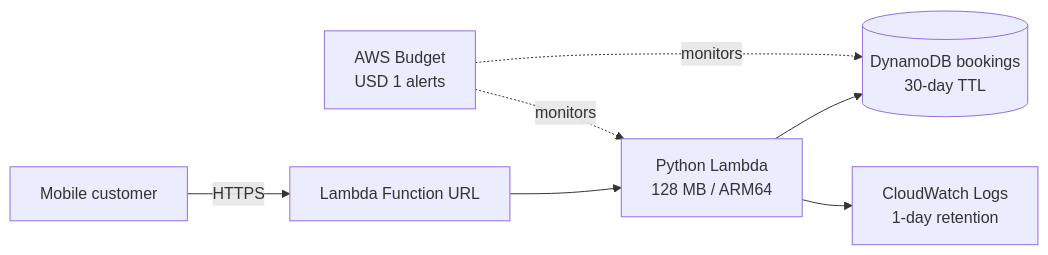
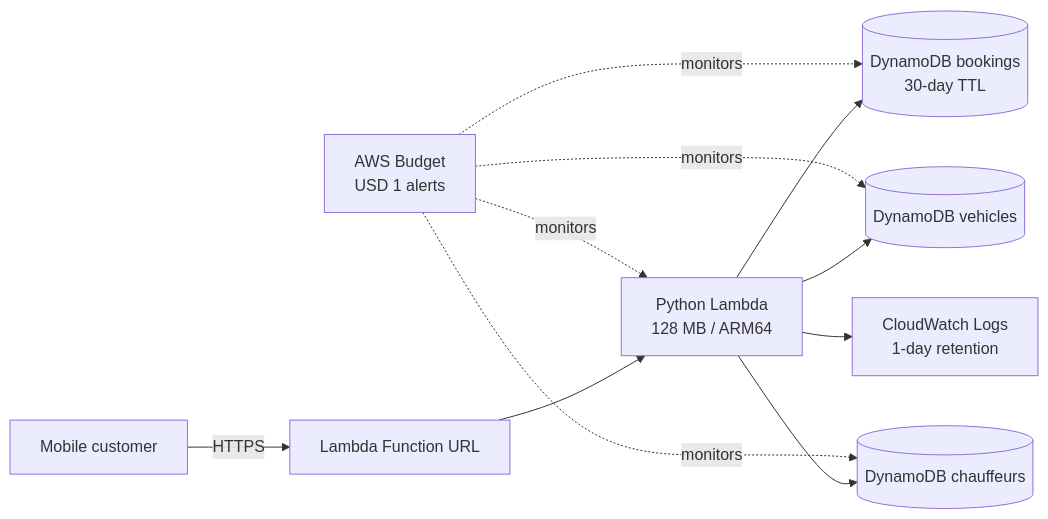
Before and after one commit to ababisoye/car-mobility-platform: the diagram in README.md, drawn with Mermaid. The commit also changed other lines of this file and 6 other files, not shown here.

````diff
--- a/README.md
+++ b/README.md
@@ -21,9 +22,13 @@
 ```mermaid
 flowchart LR
     Customer[Mobile customer] -->|HTTPS| URL[Lambda Function URL]
     URL --> Lambda[Python Lambda<br/>128 MB / ARM64]
-    Lambda --> Table[(DynamoDB bookings<br/>30-day TTL)]
+    Lambda --> Bookings[(DynamoDB bookings<br/>30-day TTL)]
+    Lambda --> Vehicles[(DynamoDB vehicles)]
+    Lambda --> Chauffeurs[(DynamoDB chauffeurs)]
     Lambda --> Logs[CloudWatch Logs<br/>1-day retention]
     Budget[AWS Budget<br/>USD 1 alerts] -. monitors .-> Lambda
-    Budget -. monitors .-> Table
+    Budget -. monitors .-> Bookings
+    Budget -. monitors .-> Vehicles
+    Budget -. monitors .-> Chauffeurs
 ```
````
